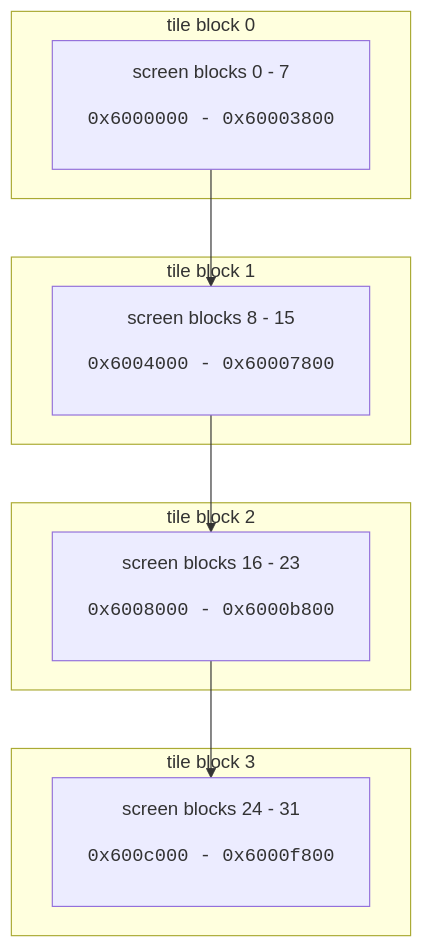
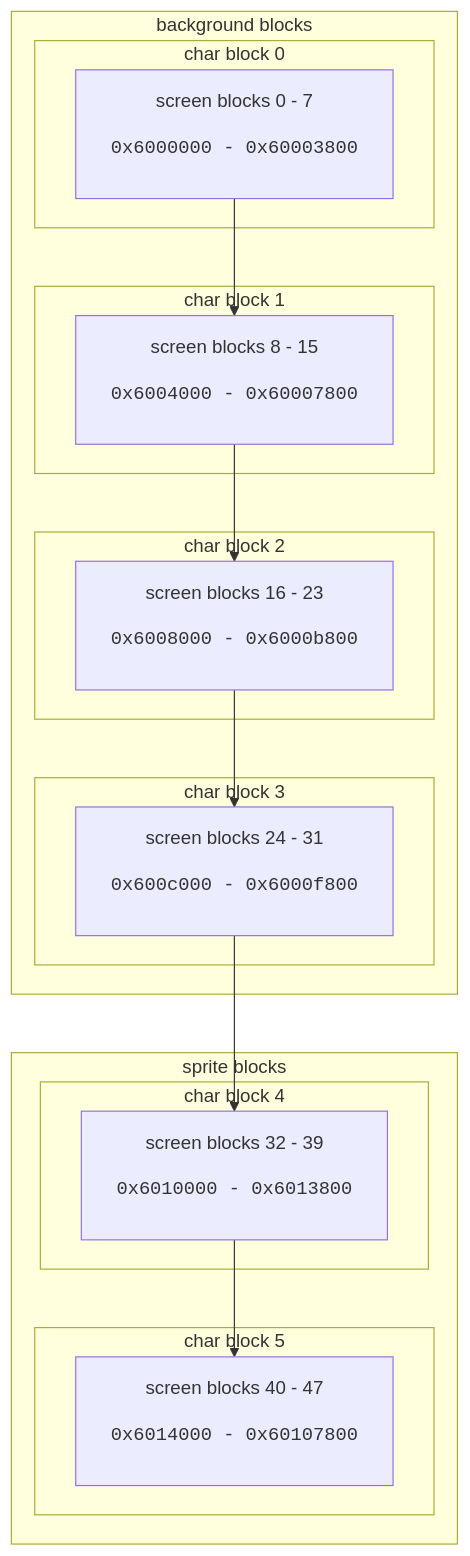
Before and after one commit to wgroeneveld/brainbaking: the diagram in content/teaching/cpp/labo-4.md, drawn with Mermaid. The commit also changed other lines of this file and 188 other files, not shown here.

```diff
--- a/content/teaching/cpp/labo-4.md
+++ b/content/teaching/cpp/labo-4.md
@@ -169,15 +181,26 @@
 {{<mermaid>}}
 graph TD
-    subgraph tile block 0
-        A[screen blocks 0 - 7<br/><pre>0x6000000 - 0x60003800</pre>]
+    subgraph background blocks
+        subgraph char block 0
+            A[screen blocks 0 - 7<br/><pre>0x6000000 - 0x60003800</pre>]
+        end
+        subgraph char block 1
+            A --> B[screen blocks 8 - 15<br/><pre>0x6004000 - 0x60007800</pre>]
+        end
+        subgraph char block 2
+            B --> C[screen blocks 16 - 23<br/><pre>0x6008000 - 0x6000b800</pre>]
+        end
+        subgraph char block 3
+            C --> D[screen blocks 24 - 31<br/><pre>0x600c000 - 0x6000f800</pre>]
+        end
     end
-    subgraph tile block 1
-        A --> B[screen blocks 8 - 15<br/><pre>0x6004000 - 0x60007800</pre>]
-    end
-    subgraph tile block 2
-        B --> C[screen blocks 16 - 23<br/><pre>0x6008000 - 0x6000b800</pre>]
-    end
-    subgraph tile block 3
-        C --> D[screen blocks 24 - 31<br/><pre>0x600c000 - 0x6000f800</pre>]
+    subgraph sprite blocks
+        subgraph char block 4
+            E[screen blocks 32 - 39<br/><pre>0x6010000 - 0x6013800</pre>]
+            D --> E
+        end
+        subgraph char block 5
+            E --> F[screen blocks 40 - 47<br/><pre>0x6014000 - 0x60107800</pre>]
+        end
     end
 {{< /mermaid >}}
```
